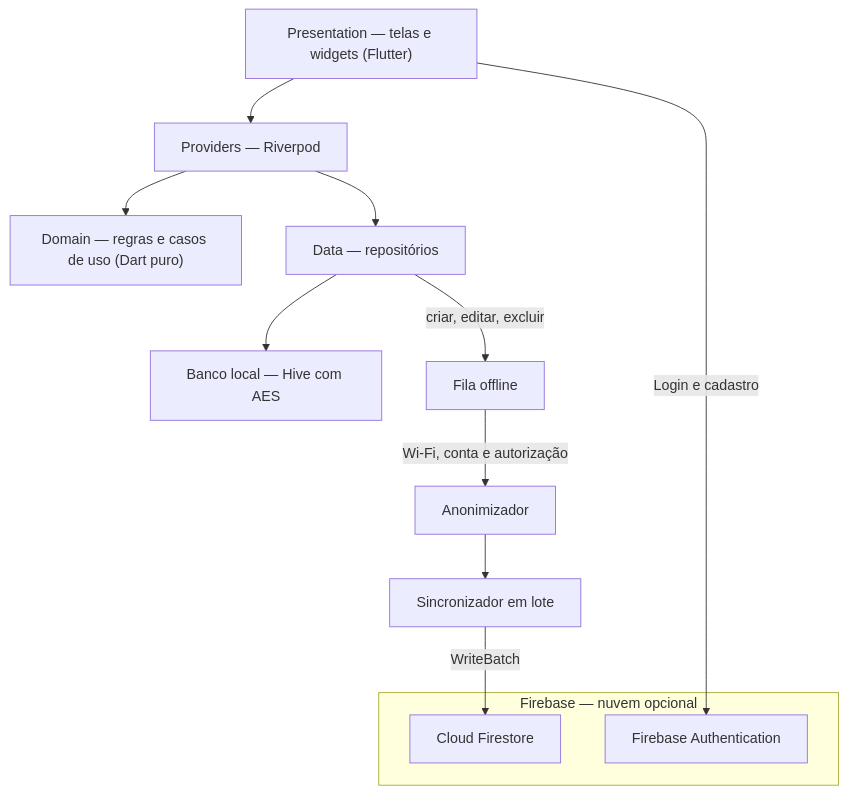
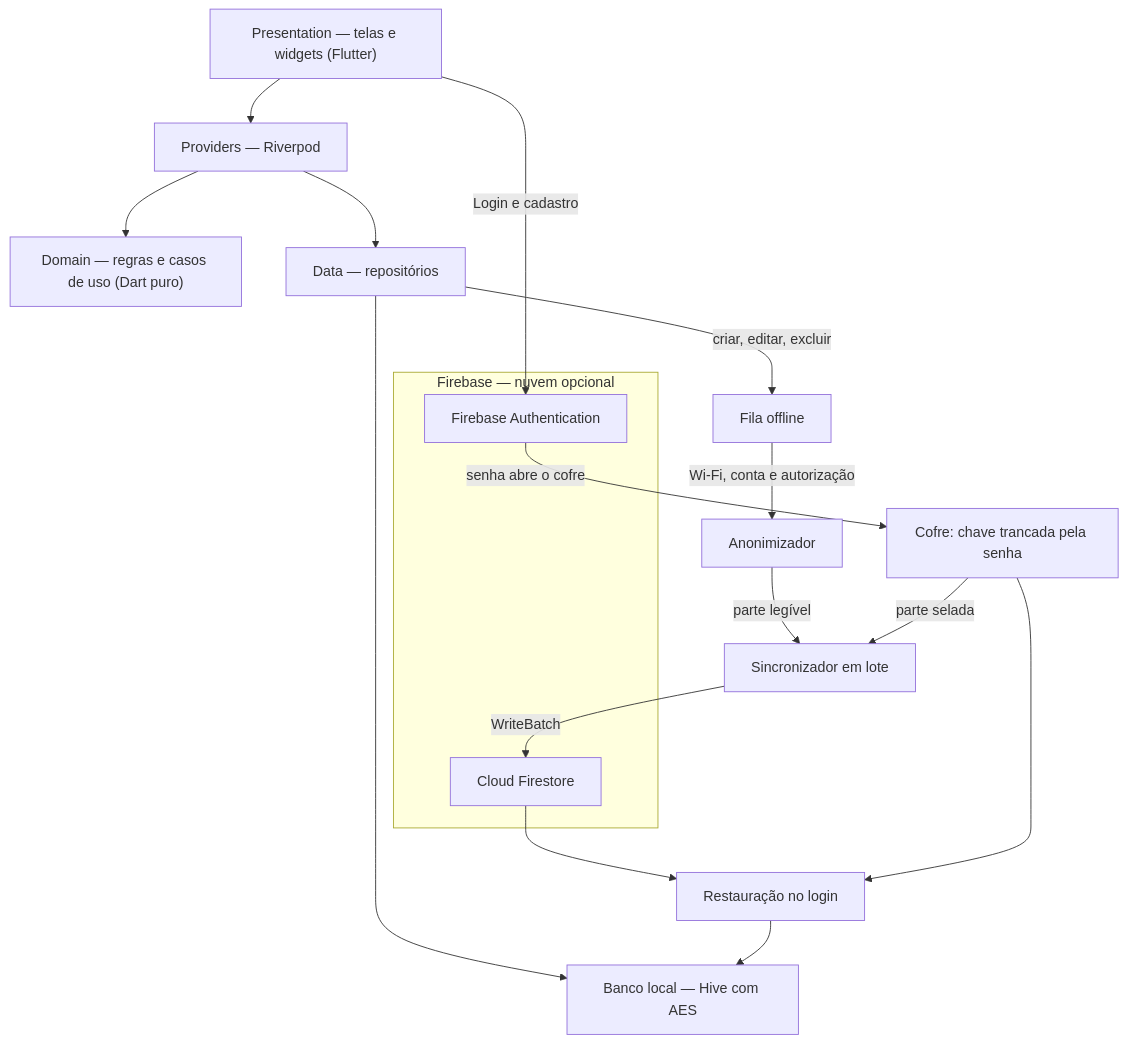
The diagram in docs/justificativas.md (wiliafsilva/hepatocheck), drawn with Mermaid before and after one commit. The commit also changed other lines of this file and 6 other files, not shown here.

Commit message:
docs: restauração com a chave trancada pela senha na modelagem, arquitetura, requisitos, diagrama de classes, justificativas, fluxo e escopo

````diff
--- a/docs/justificativas.md
+++ b/docs/justificativas.md
@@ -151,26 +152,33 @@
 ```mermaid
 flowchart TD
     UI["Presentation — telas e widgets (Flutter)"]
     STATE["Providers — Riverpod"]
     DOMAIN["Domain — regras e casos de uso (Dart puro)"]
     DATA["Data — repositórios"]
     DB["Banco local — Hive com AES"]
     QUEUE["Fila offline"]
     ANON["Anonimizador"]
+    VAULT["Cofre: chave trancada pela senha"]
     SYNC["Sincronizador em lote"]
+    RESTORE["Restauração no login"]
 
     subgraph CLOUD["Firebase — nuvem opcional"]
         AUTH["Firebase Authentication"]
         FIRESTORE["Cloud Firestore"]
     end
 
     UI --> STATE
     STATE --> DOMAIN
     STATE --> DATA
     DATA --> DB
     DATA -->|"criar, editar, excluir"| QUEUE
     QUEUE -->|"Wi-Fi, conta e autorização"| ANON
-    ANON --> SYNC
+    ANON -->|"parte legível"| SYNC
+    VAULT -->|"parte selada"| SYNC
     SYNC -->|"WriteBatch"| FIRESTORE
     UI -->|"Login e cadastro"| AUTH
+    AUTH -->|"senha abre o cofre"| VAULT
+    FIRESTORE --> RESTORE
+    VAULT --> RESTORE
+    RESTORE --> DB
 ```
````
